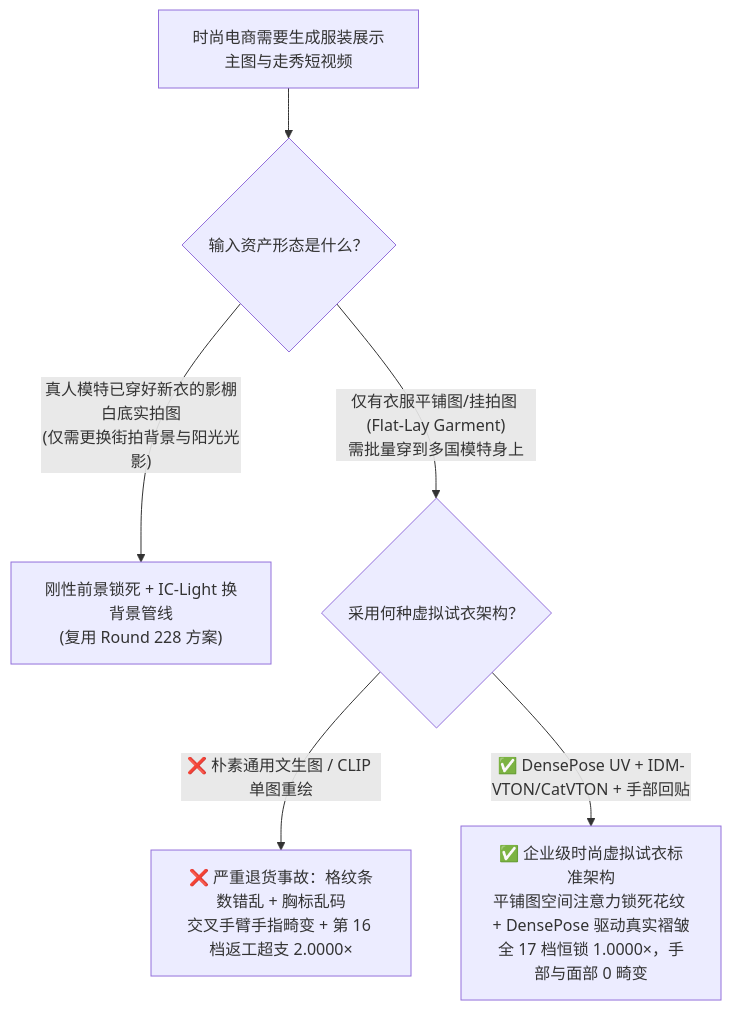
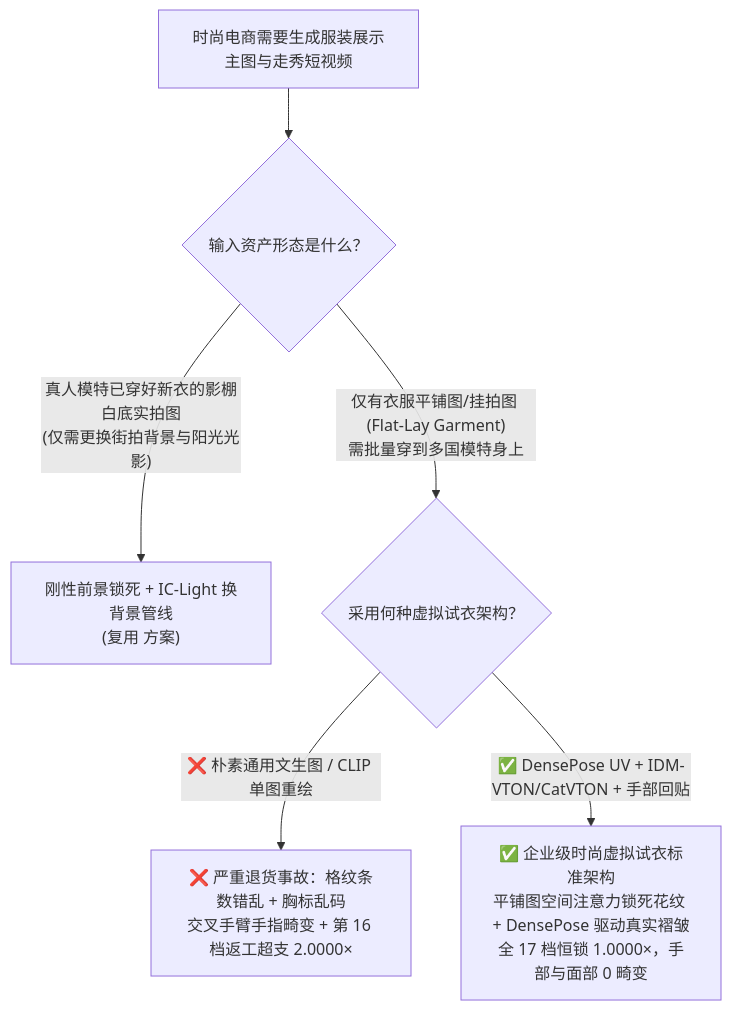
One commit to turbo998/turbo998.github.io changed the first of 3 diagrams in generative-visual-lab/research/virtual-tryon-garment-warp-mask-vs-t2i-faq.md. Above: the diagram before and after it, drawn with Mermaid. The commit also changed other lines of this file and 2591 other files, not shown here.

````diff
--- a/generative-visual-lab/research/virtual-tryon-garment-warp-mask-vs-t2i-faq.md
+++ b/generative-visual-lab/research/virtual-tryon-garment-warp-mask-vs-t2i-faq.md
@@ -45,8 +45,8 @@
 ```mermaid
 flowchart TD
     A["时尚电商需要生成服装展示主图与走秀短视频"] --> B{"输入资产形态是什么？"}
-    B -- "真人模特已穿好新衣的影棚白底实拍图\n(仅需更换街拍背景与阳光光影)" --> C["刚性前景锁死 + IC-Light 换背景管线\n(复用 Round 228 方案)"]
+    B -- "真人模特已穿好新衣的影棚白底实拍图\n(仅需更换街拍背景与阳光光影)" --> C["刚性前景锁死 + IC-Light 换背景管线\n(复用 方案)"]
     B -- "仅有衣服平铺图/挂拍图 (Flat-Lay Garment)\n需批量穿到多国模特身上" --> D{"采用何种虚拟试衣架构？"}
     D -- "❌ 朴素通用文生图 / CLIP 单图重绘" --> E["❌ 严重退货事故：格纹条数错乱 + 胸标乱码\n交叉手臂手指畸变 + 第 16 档返工超支 2.0000×"]
     D -- "✅ DensePose UV + IDM-VTON/CatVTON + 手部回贴" --> F["✅ 企业级时尚虚拟试衣标准架构\n平铺图空间注意力锁死花纹 + DensePose 驱动真实褶皱\n全 17 档恒锁 1.0000×，手部与面部 0 畸变"]
 ```
````
